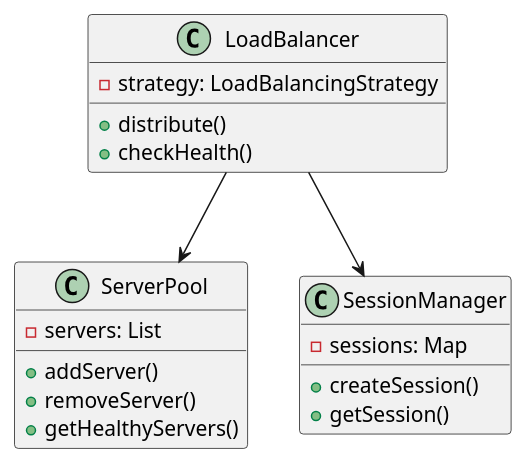
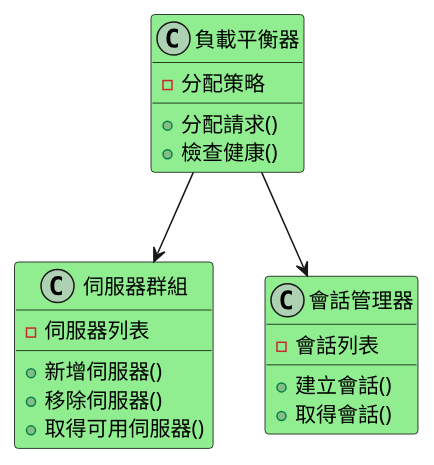
Before and after one commit to fine5351/info-sync: the second of 3 diagrams in doc/learning/architecture/horizontal_scaling_tutorial.md, drawn with PlantUML. The commit also changed other lines of this file and 35 other files, not shown here.

````diff
--- a/doc/learning/architecture/horizontal_scaling_tutorial.md
+++ b/doc/learning/architecture/horizontal_scaling_tutorial.md
@@ -233,25 +154,29 @@
 ```plantuml
 @startuml
-class LoadBalancer {
-    - strategy: LoadBalancingStrategy
-    + distribute()
-    + checkHealth()
+skinparam backgroundColor white
+skinparam classBackgroundColor lightgreen
+skinparam classBorderColor black
+
+class "負載平衡器" as LoadBalancer {
+    - 分配策略
+    + 分配請求()
+    + 檢查健康()
 }
 
-class ServerPool {
-    - servers: List
-    + addServer()
-    + removeServer()
-    + getHealthyServers()
+class "伺服器群組" as ServerGroup {
+    - 伺服器列表
+    + 新增伺服器()
+    + 移除伺服器()
+    + 取得可用伺服器()
 }
 
-class SessionManager {
-    - sessions: Map
-    + createSession()
-    + getSession()
+class "會話管理器" as SessionManager {
+    - 會話列表
+    + 建立會話()
+    + 取得會話()
 }
 
-LoadBalancer --> ServerPool
+LoadBalancer --> ServerGroup
 LoadBalancer --> SessionManager
 @enduml
 ```
````
